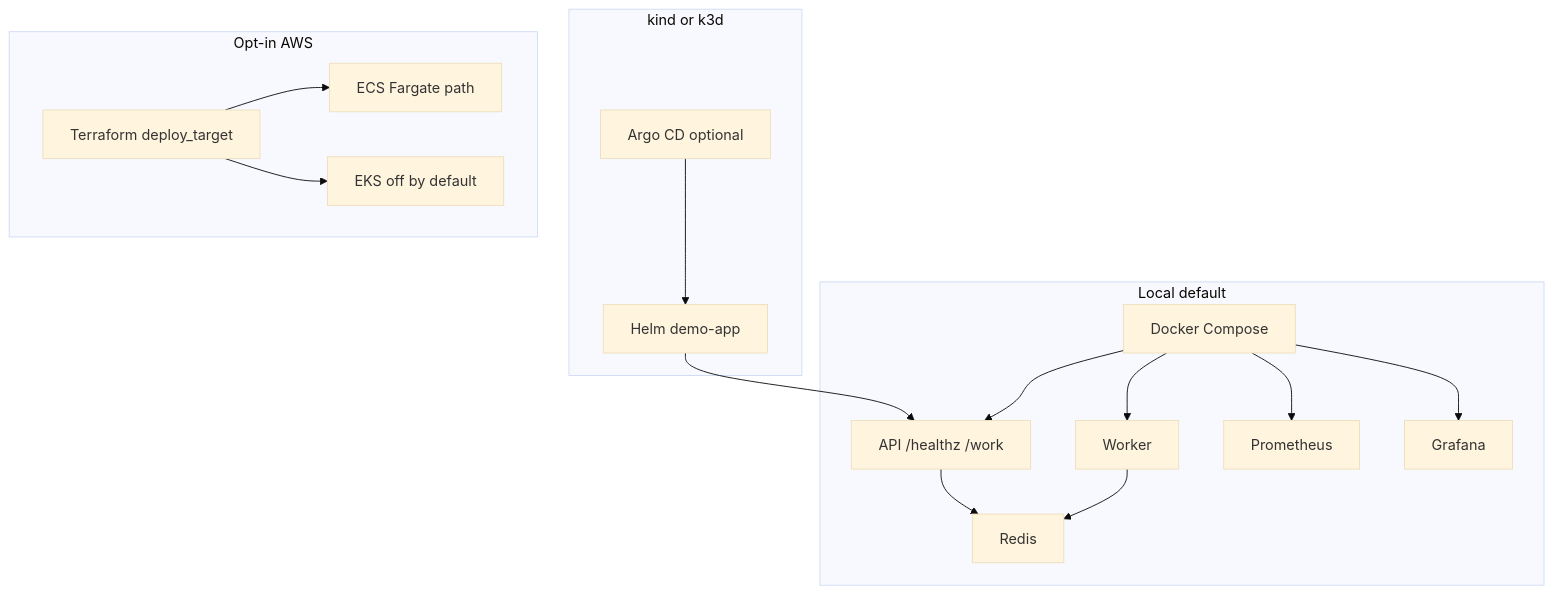
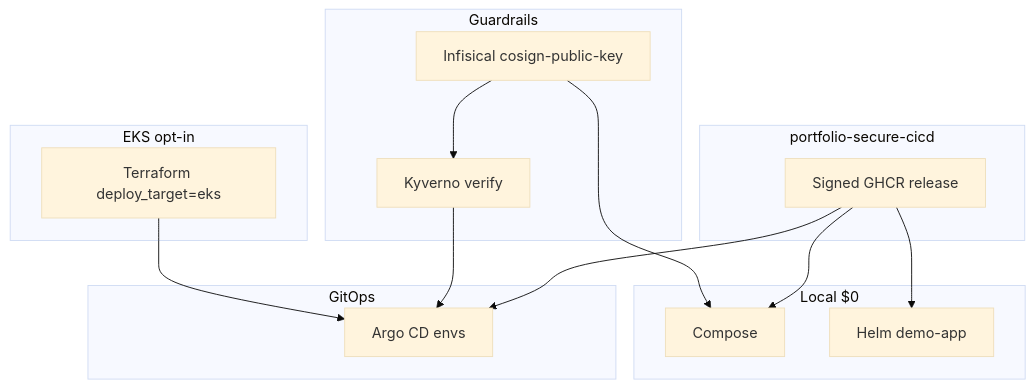
One commit to sauravrana646/portfolio-cloud-platform changed the diagram in README.md. Above: the diagram before and after it, drawn with Mermaid (base theme). The commit also changed other lines of this file and 61 other files, not shown here.

First line of the commit message:
feat: consume signed secure-cicd image with platform guardrails

````diff
--- a/README.md
+++ b/README.md
@@ -30,30 +38,27 @@
 ```mermaid
 flowchart TB
-  subgraph local [Local default]
-    Compose[Docker Compose]
-    API[API /healthz /work]
-    Worker[Worker]
-    Redis[Redis]
-    Prom[Prometheus]
-    Graf[Grafana]
-    Compose --> API
-    Compose --> Worker
-    API --> Redis
-    Worker --> Redis
-    Compose --> Prom
-    Compose --> Graf
+  subgraph upstream [portfolio-secure-cicd]
+    Rel[Signed GHCR release]
   end
-  subgraph k8s [kind or k3d]
+  subgraph local [Local $0]
+    Compose[Compose]
     Helm[Helm demo-app]
-    Argo[Argo CD optional]
-    Helm --> API
-    Argo --> Helm
   end
-  subgraph cloud [Opt-in AWS]
-    TF[Terraform deploy_target]
-    ECS[ECS Fargate path]
-    EKS[EKS off by default]
-    TF --> ECS
-    TF --> EKS
+  subgraph guard [Guardrails]
+    Inf[Infisical cosign-public-key]
+    Kyverno[Kyverno verify]
+    Inf --> Kyverno
   end
+  subgraph gitops [GitOps]
+    Argo[Argo CD envs]
+  end
+  subgraph cloud [EKS opt-in]
+    TF[Terraform deploy_target=eks]
+  end
+  Rel --> Compose
+  Rel --> Helm
+  Rel --> Argo
+  Inf --> Compose
+  Kyverno --> Argo
+  TF --> Argo
 ```
````
